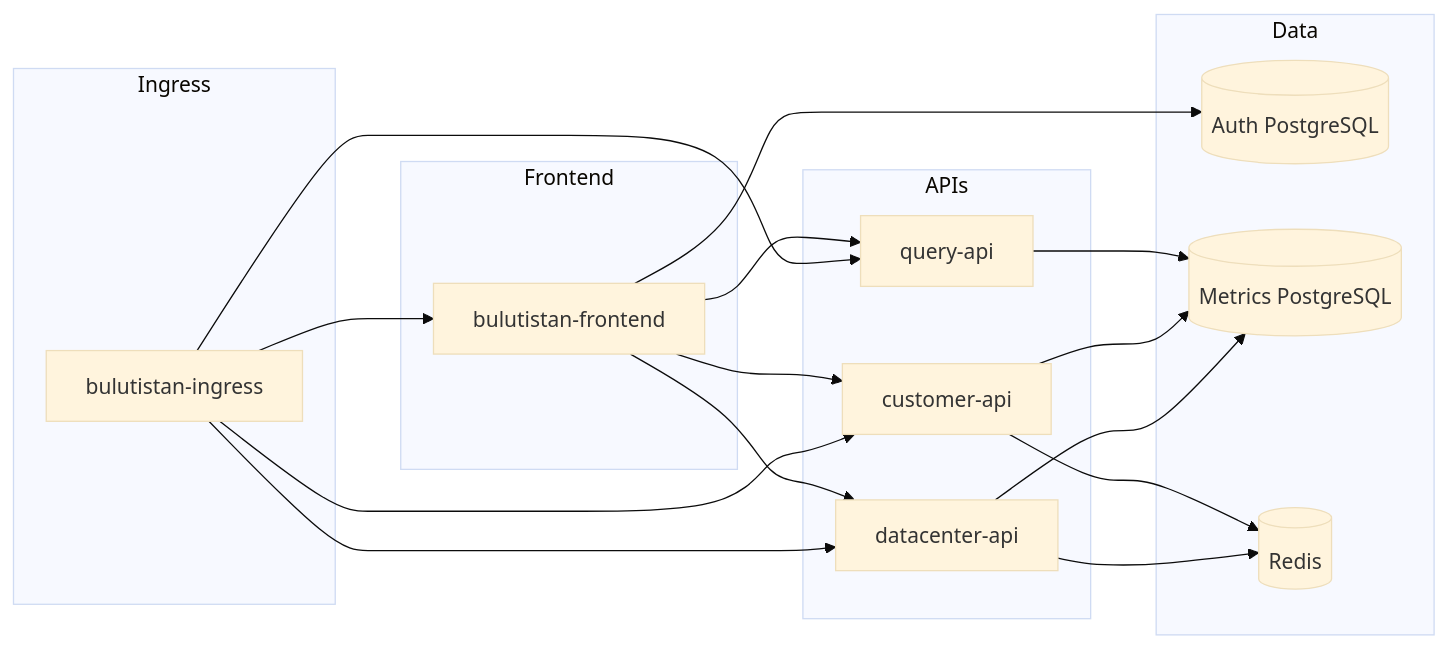
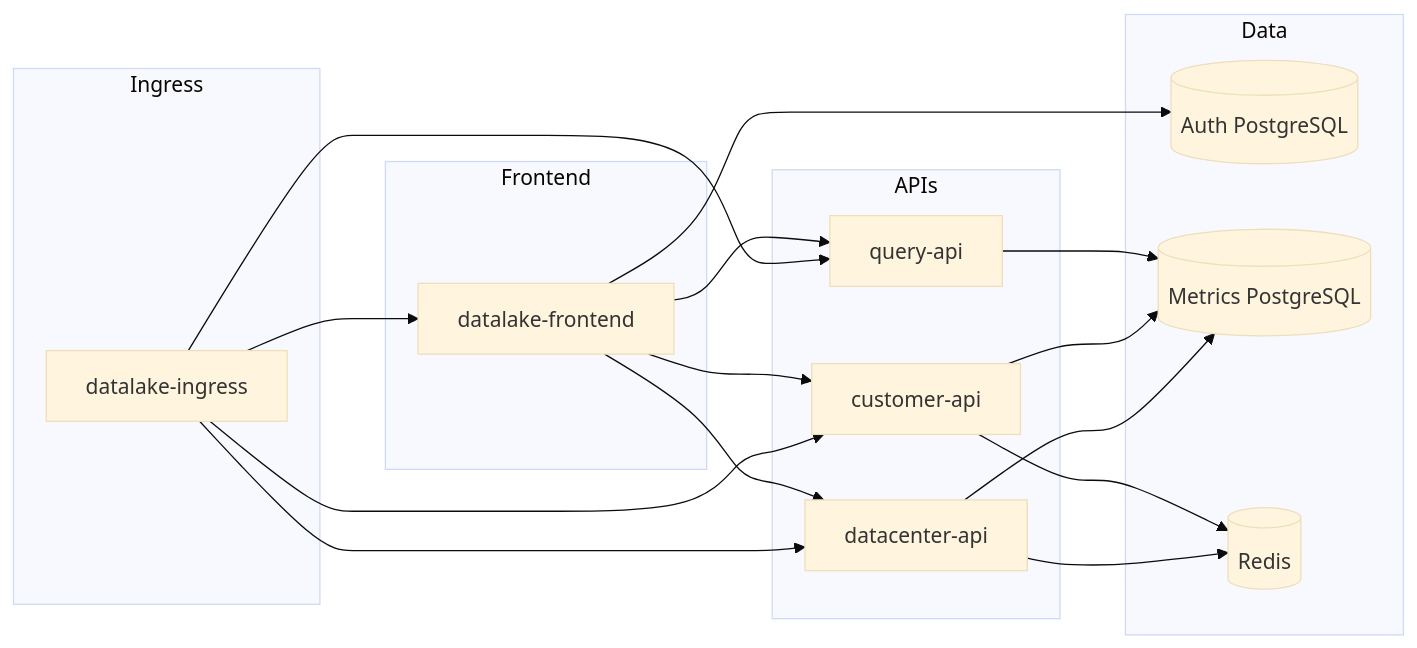
Before and after one commit to Duosis-Developer-Team/datalake-platform-webui-mock: the diagram in docs/K8S_DEPLOYMENT_AND_UPDATE.md, drawn with Mermaid (base theme). The commit also changed other lines of this file and 68 other files, not shown here.

````diff
--- a/docs/K8S_DEPLOYMENT_AND_UPDATE.md
+++ b/docs/K8S_DEPLOYMENT_AND_UPDATE.md
@@ -27,32 +27,32 @@
 ```mermaid
 flowchart LR
   subgraph ingress [Ingress]
-    ING[bulutistan-ingress]
+    ING[datalake-ingress]
   end
   subgraph fe [Frontend]
-    FE[bulutistan-frontend]
+    FE[datalake-frontend]
   end
   subgraph apis [APIs]
     DC[datacenter-api]
     CU[customer-api]
     QY[query-api]
   end
   subgraph data [Data]
     AuthPG[(Auth PostgreSQL)]
     AppPG[(Metrics PostgreSQL)]
     RD[(Redis)]
   end
   ING --> FE
   ING --> DC
   ING --> CU
   ING --> QY
   FE --> AuthPG
   FE --> DC
   FE --> CU
   FE --> QY
   DC --> AppPG
   DC --> RD
   CU --> AppPG
   CU --> RD
   QY --> AppPG
 ```
````
